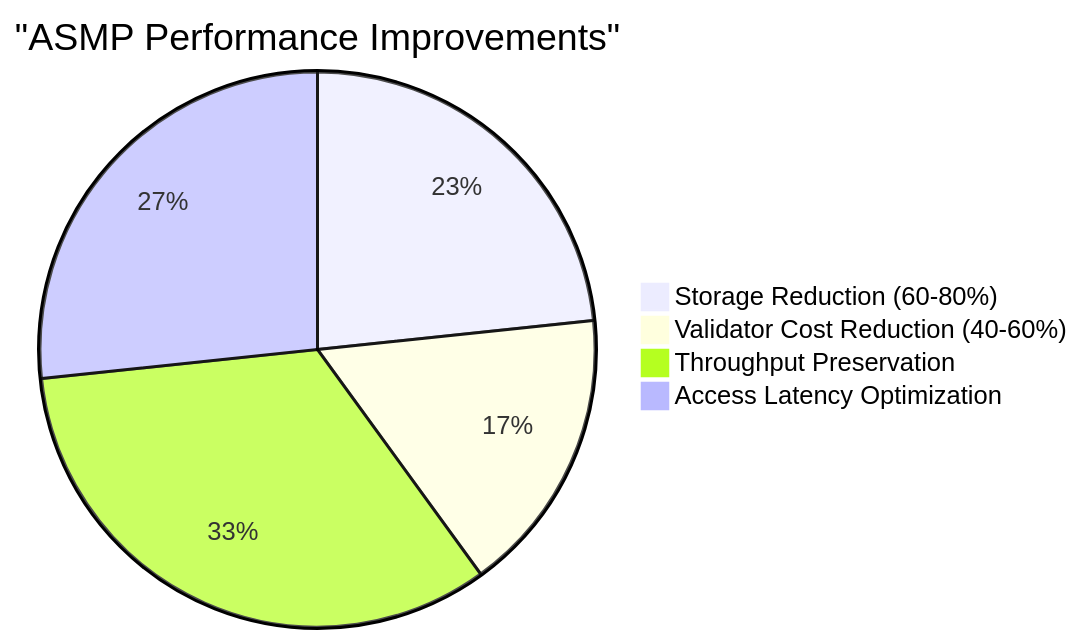
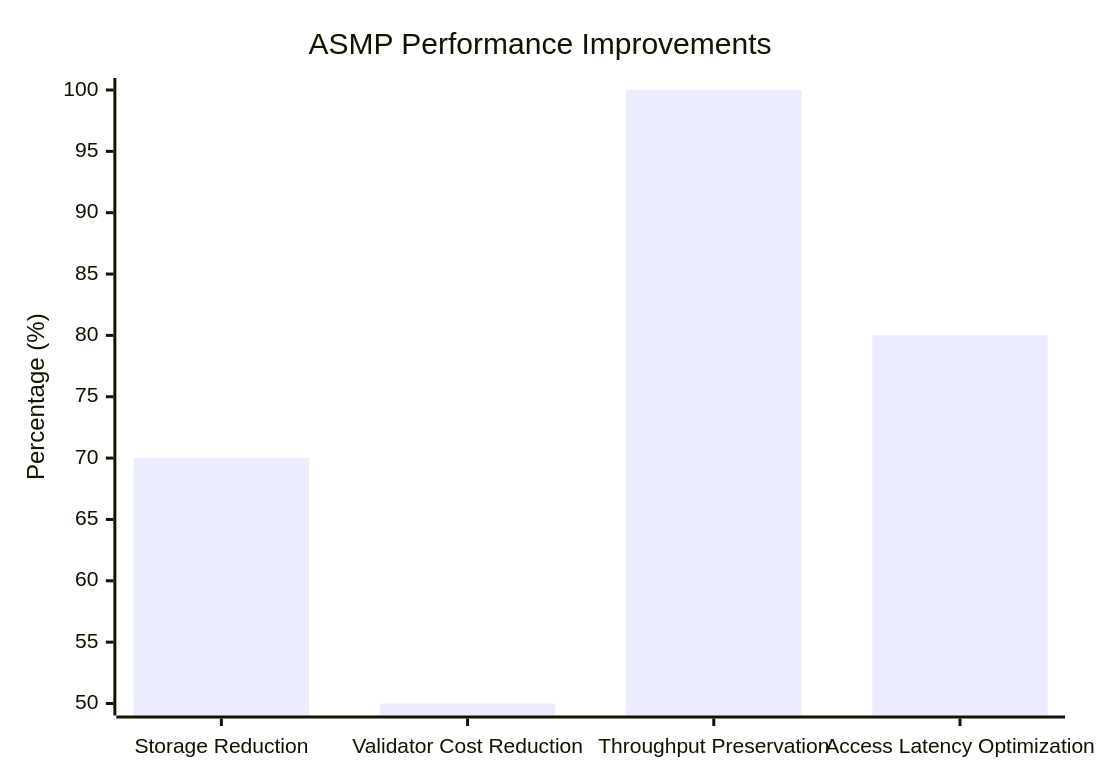
One commit to manolaz/solana-states-bloat changed the fifth of 9 diagrams in README.md. Above: the diagram before and after it, drawn with Mermaid.

Commit message:
Update ASMP performance improvements visualization in README.md to use xychart format for enhanced clarity and data representation

````diff
--- a/README.md
+++ b/README.md
@@ -380,7 +380,7 @@
 ```mermaid
-pie title "ASMP Performance Improvements"
-    "Storage Reduction (60-80%)" : 70
-    "Validator Cost Reduction (40-60%)" : 50
-    "Throughput Preservation" : 100
-    "Access Latency Optimization" : 80
+xychart-beta
+    title "ASMP Performance Improvements"
+    x-axis ["Storage Reduction", "Validator Cost Reduction", "Throughput Preservation", "Access Latency Optimization"]
+    y-axis "Percentage (%)"
+    bar [70, 50, 100, 80]
 ```
````
